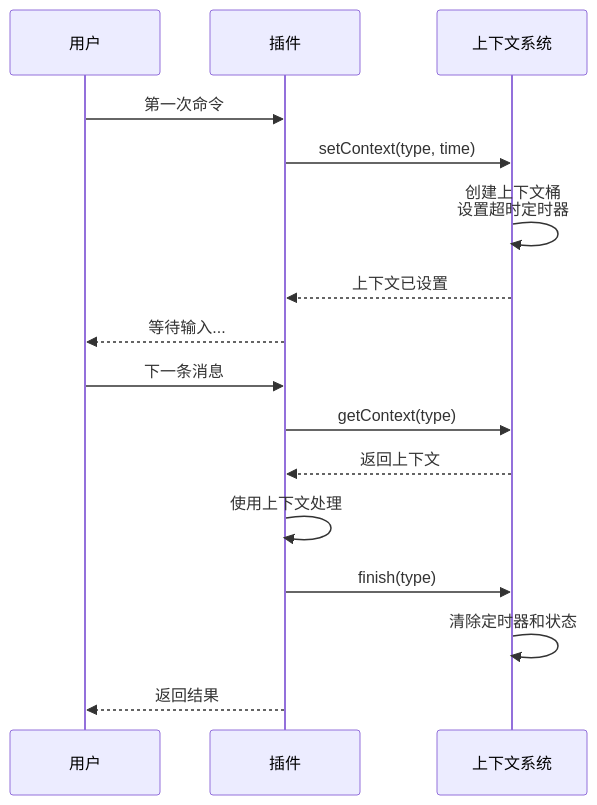
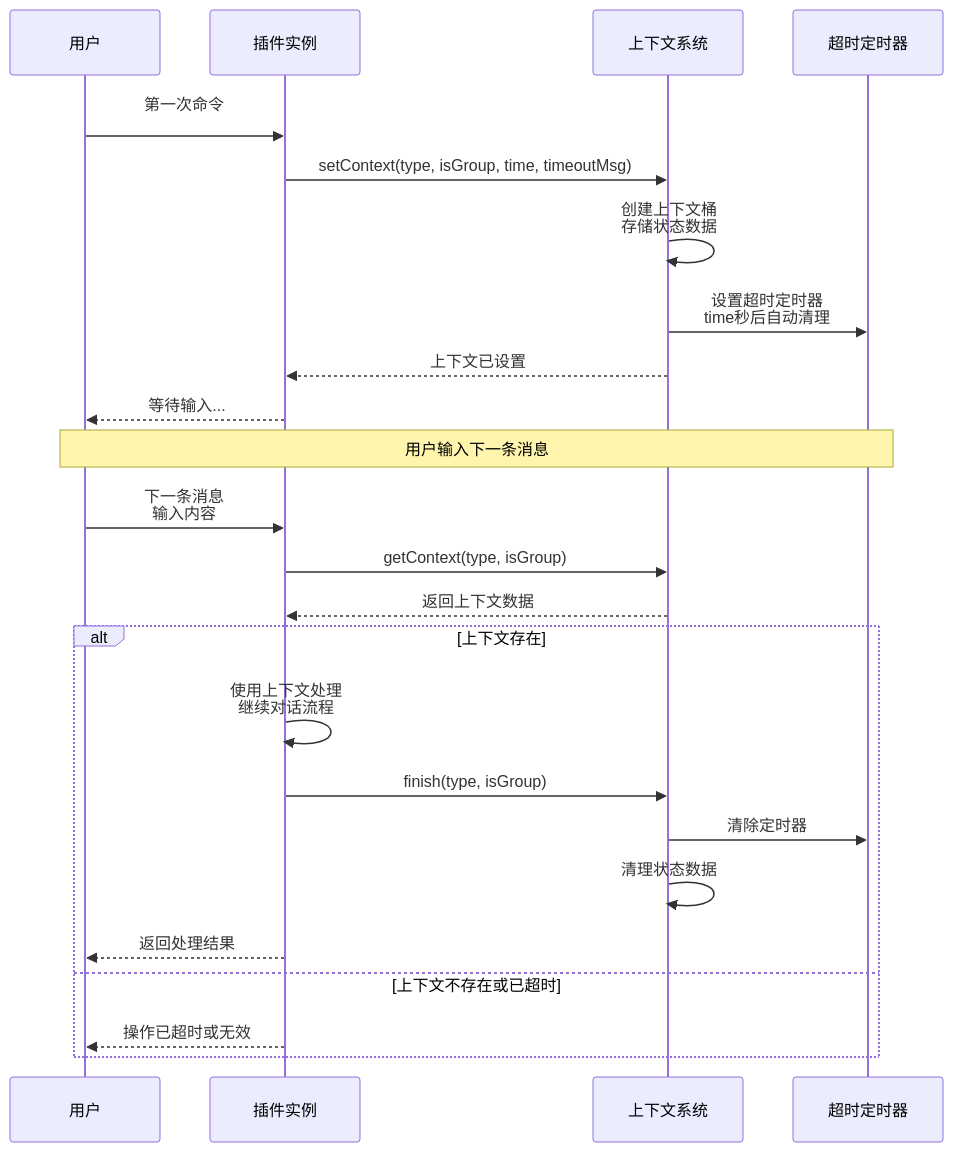
Before and after one commit to sunflowermm/XRK-AGT: the third of 3 diagrams in docs/plugin-base.md, drawn with Mermaid. The commit also changed other lines of this file and 17 other files, not shown here.

````diff
--- a/docs/plugin-base.md
+++ b/docs/plugin-base.md
@@ -173,20 +185,29 @@
 ```mermaid
 sequenceDiagram
     participant User as 用户
-    participant Plugin as 插件
+    participant Plugin as 插件实例
     participant Context as 上下文系统
+    participant Timer as 超时定时器
     
-    User->>Plugin: 第一次命令
-    Plugin->>Context: setContext(type, time)
-    Context->>Context: 创建上下文桶<br/>设置超时定时器
+    User->>Plugin: 第一次命令<br/>#开始对话
+    Plugin->>Context: setContext(type, isGroup, time, timeoutMsg)
+    Context->>Context: 创建上下文桶<br/>存储状态数据
+    Context->>Timer: 设置超时定时器<br/>time秒后自动清理
     Context-->>Plugin: 上下文已设置
     Plugin-->>User: 等待输入...
     
-    User->>Plugin: 下一条消息
-    Plugin->>Context: getContext(type)
-    Context-->>Plugin: 返回上下文
-    Plugin->>Plugin: 使用上下文处理
-    Plugin->>Context: finish(type)
-    Context->>Context: 清除定时器和状态
-    Plugin-->>User: 返回结果
+    Note over User,Timer: 用户输入下一条消息
+    
+    User->>Plugin: 下一条消息<br/>输入内容
+    Plugin->>Context: getContext(type, isGroup)
+    Context-->>Plugin: 返回上下文数据
+    alt 上下文存在
+        Plugin->>Plugin: 使用上下文处理<br/>继续对话流程
+        Plugin->>Context: finish(type, isGroup)
+        Context->>Timer: 清除定时器
+        Context->>Context: 清理状态数据
+        Plugin-->>User: 返回处理结果
+    else 上下文不存在或已超时
+        Plugin-->>User: 操作已超时或无效
+    end
 ```
````
